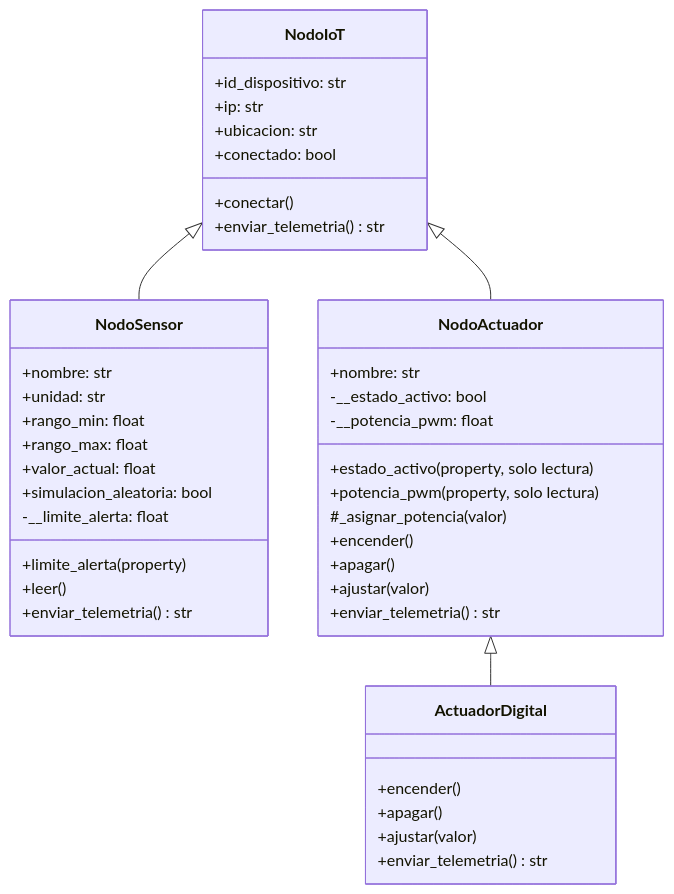
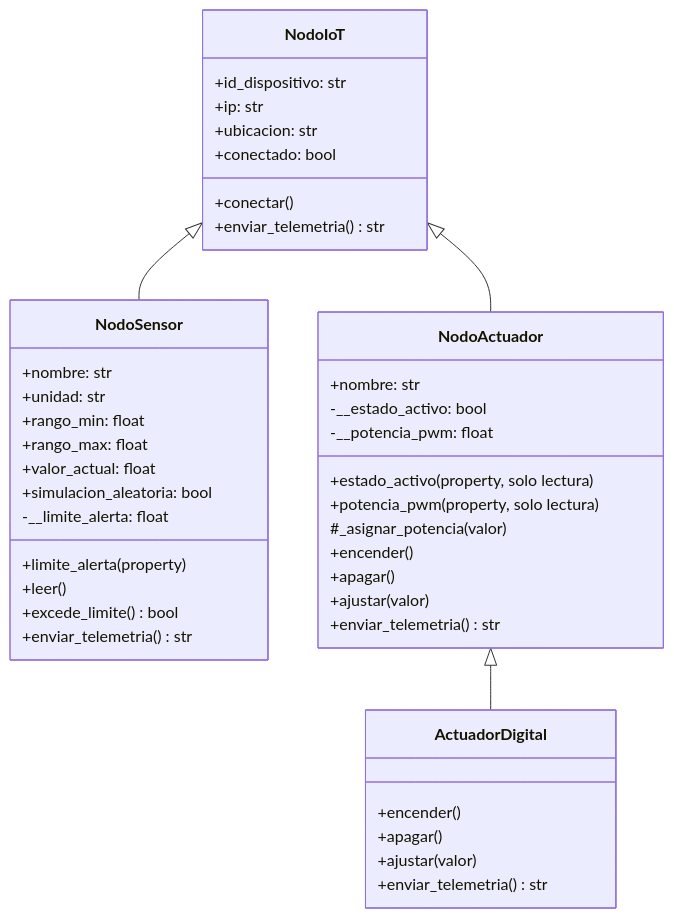
The diagram in practica-02/README.md (Mark0-9843/POO_markoboquinechoclojesu), drawn with Mermaid before and after one commit. The commit also changed other lines of this file, not shown here.

````diff
--- a/practica-02/README.md
+++ b/practica-02/README.md
@@ -19,44 +19,45 @@
 ```mermaid
 classDiagram
     class NodoIoT {
         +id_dispositivo: str
         +ip: str
         +ubicacion: str
         +conectado: bool
         +conectar()
         +enviar_telemetria() str
     }
     class NodoSensor {
         +nombre: str
         +unidad: str
         +rango_min: float
         +rango_max: float
         +valor_actual: float
         +simulacion_aleatoria: bool
         -__limite_alerta: float
         +limite_alerta (property)
         +leer()
+        +excede_limite() bool
         +enviar_telemetria() str
     }
     class NodoActuador {
         +nombre: str
         -__estado_activo: bool
         -__potencia_pwm: float
         +estado_activo (property, solo lectura)
         +potencia_pwm (property, solo lectura)
         #_asignar_potencia(valor)
         +encender()
         +apagar()
         +ajustar(valor)
         +enviar_telemetria() str
     }
     class ActuadorDigital {
         +encender()
         +apagar()
         +ajustar(valor)
         +enviar_telemetria() str
     }
     NodoIoT <|-- NodoSensor
     NodoIoT <|-- NodoActuador
     NodoActuador <|-- ActuadorDigital
 ```
````
